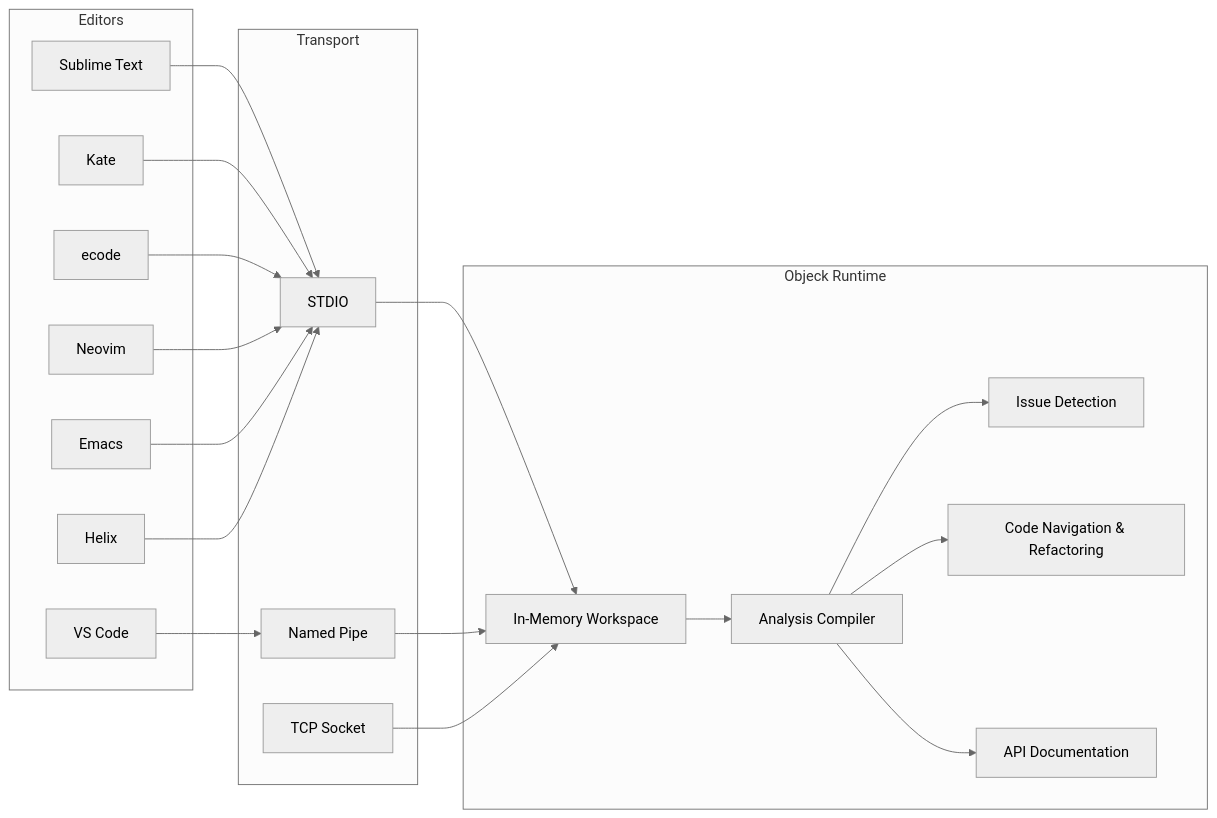
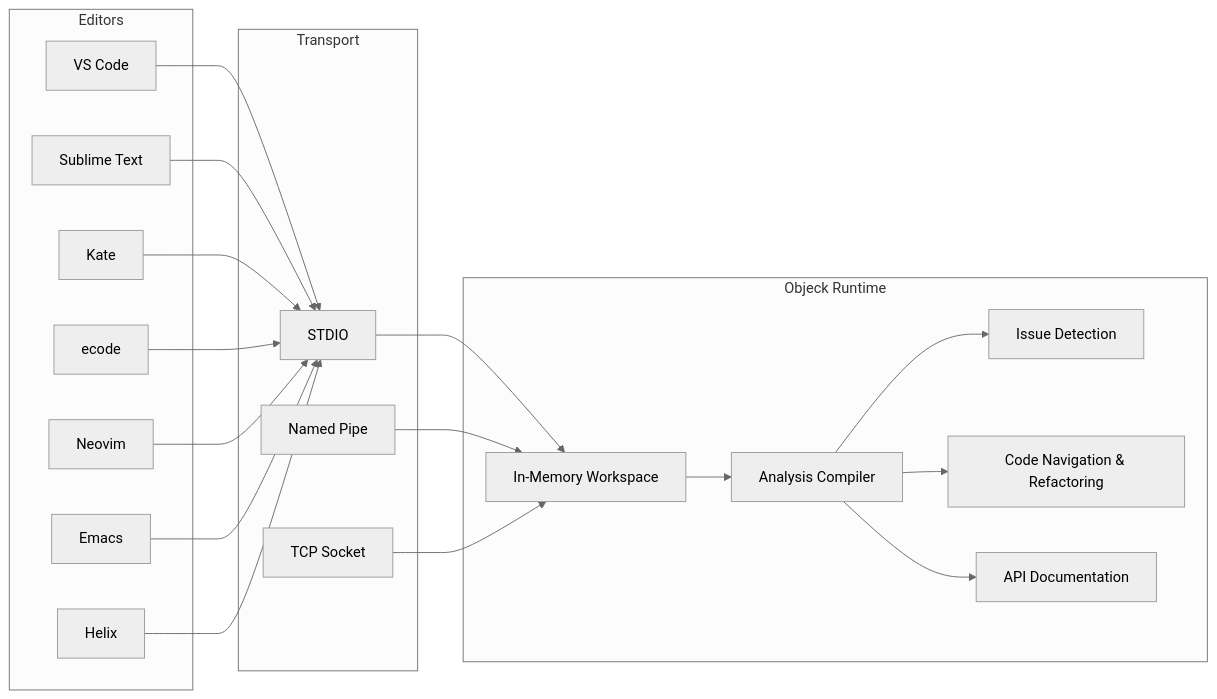
The diagram in tools/lsp/README.md (objeck/objeck-lang), drawn with Mermaid (neutral theme) before and after one commit. The commit also changed other lines of this file and 7 other files, not shown here.

````diff
--- a/tools/lsp/README.md
+++ b/tools/lsp/README.md
@@ -115,43 +115,43 @@
 ```mermaid
 graph LR
     subgraph Editors
         VSCode[VS Code]
         Sublime[Sublime Text]
         Kate[Kate]
         ecode[ecode]
         Neovim[Neovim]
         Emacs[Emacs]
         Helix[Helix]
     end
 
     subgraph Transport
         STDIO[STDIO]
         Pipe[Named Pipe]
         Socket[TCP Socket]
     end
 
     subgraph Runtime["Objeck Runtime"]
         Workspace[In-Memory Workspace]
         Compiler[Analysis Compiler]
         Detection[Issue Detection]
         Navigation[Code Navigation & Refactoring]
         Docs[API Documentation]
 
         Workspace --> Compiler
         Compiler --> Detection
         Compiler --> Navigation
         Compiler --> Docs
     end
 
-    VSCode --> Pipe
+    VSCode --> STDIO
     Sublime --> STDIO
     Kate --> STDIO
     ecode --> STDIO
     Neovim --> STDIO
     Emacs --> STDIO
     Helix --> STDIO
 
     STDIO --> Workspace
     Pipe --> Workspace
     Socket --> Workspace
 ```
````
